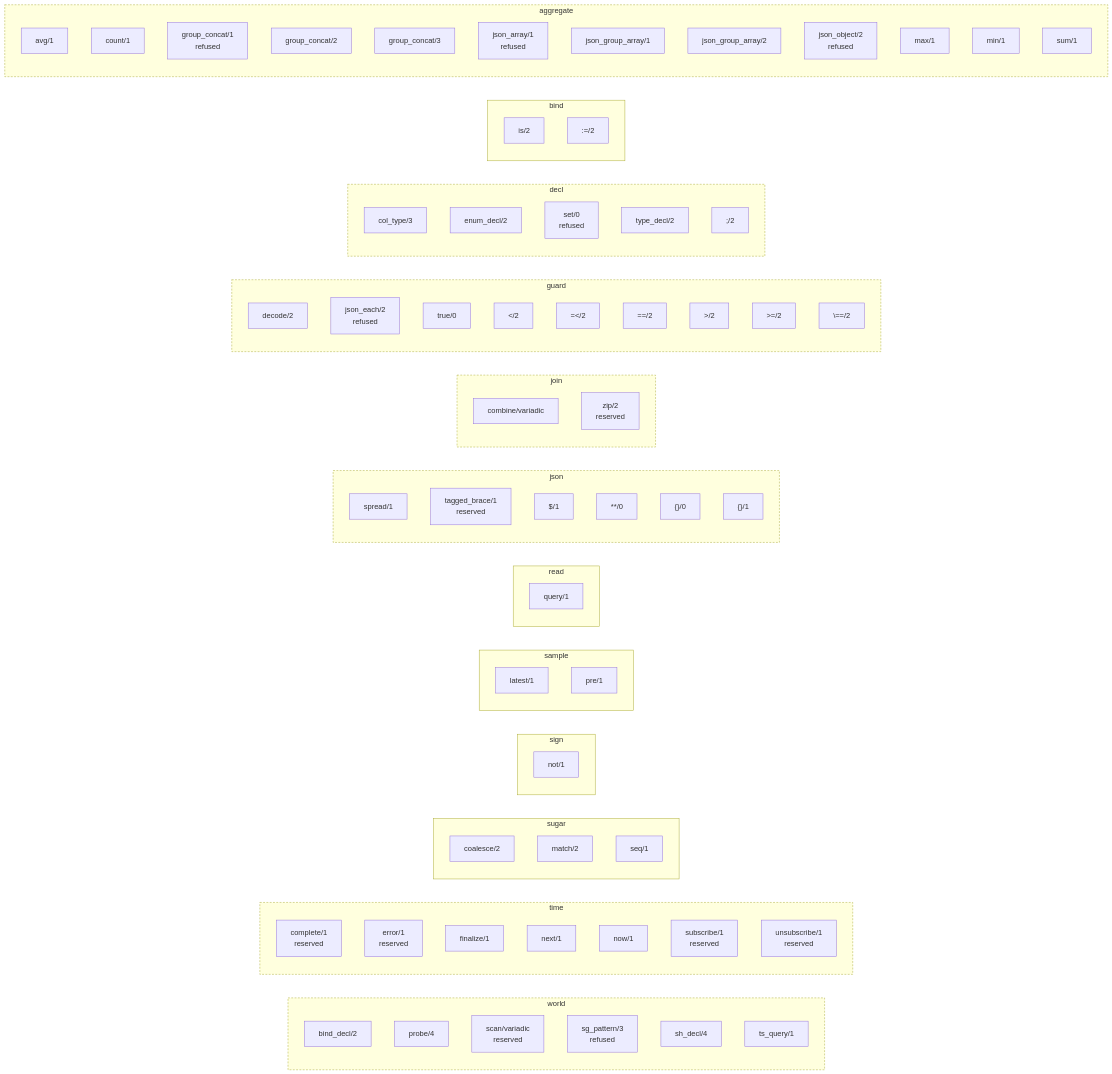
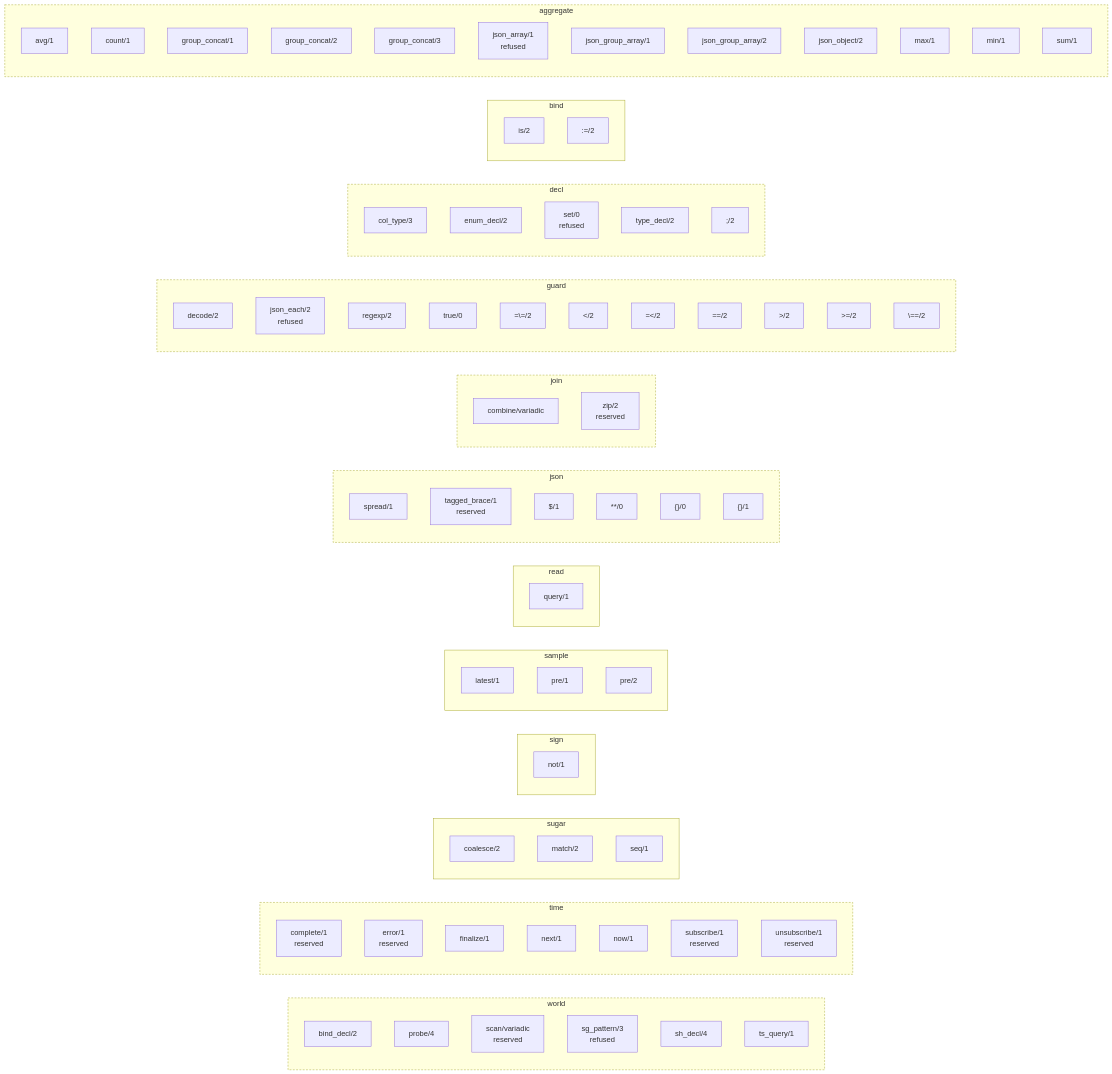
The second of 4 diagrams in v6/ARCH-MAP.md (hafley66/sprefa), drawn with Mermaid before and after one commit. The commit also changed other lines of this file and 1 other file, not shown here.

```diff
--- a/v6/ARCH-MAP.md
+++ b/v6/ARCH-MAP.md
@@ -37,13 +45,13 @@
     direction TB
     c_avgx2f1["avg/1"]
     c_countx2f1["count/1"]
-    c_groupconcatx2f1["group_concat/1<br/>refused"]
+    c_groupconcatx2f1["group_concat/1"]
     c_groupconcatx2f2["group_concat/2"]
     c_groupconcatx2f3["group_concat/3"]
     c_jsonarrayx2f1["json_array/1<br/>refused"]
     c_jsongrouparrayx2f1["json_group_array/1"]
     c_jsongrouparrayx2f2["json_group_array/2"]
-    c_jsonobjectx2f2["json_object/2<br/>refused"]
+    c_jsonobjectx2f2["json_object/2"]
     c_maxx2f1["max/1"]
     c_minx2f1["min/1"]
     c_sumx2f1["sum/1"]
@@ -65,7 +73,10 @@
     direction TB
     c_decodex2f2["decode/2"]
     c_jsoneachx2f2["json_each/2<br/>refused"]
+    c_regexpx2f2["regexp/2"]
     c_truex2f0["true/0"]
+    c_x2f2["=:=/2"]
+    c_x2f2["=\=/2"]
     c_x3cx2f2["#lt;/2"]
     c_x3dx3cx2f2["=#lt;/2"]
     c_x3dx3dx2f2["==/2"]
@@ -95,6 +106,7 @@
     direction TB
     c_latestx2f1["latest/1"]
     c_prex2f1["pre/1"]
+    c_prex2f2["pre/2"]
   end
   subgraph ax_sign["sign"]
     direction TB
```
